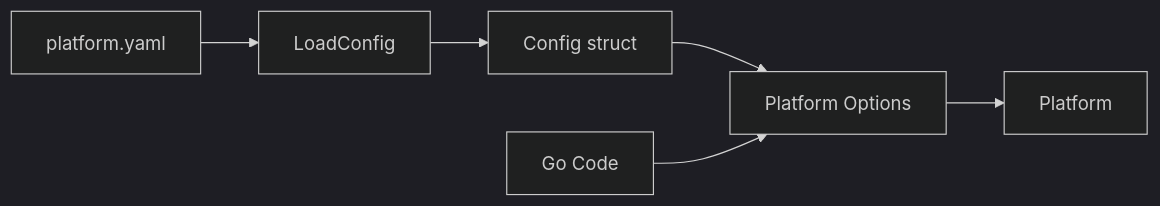
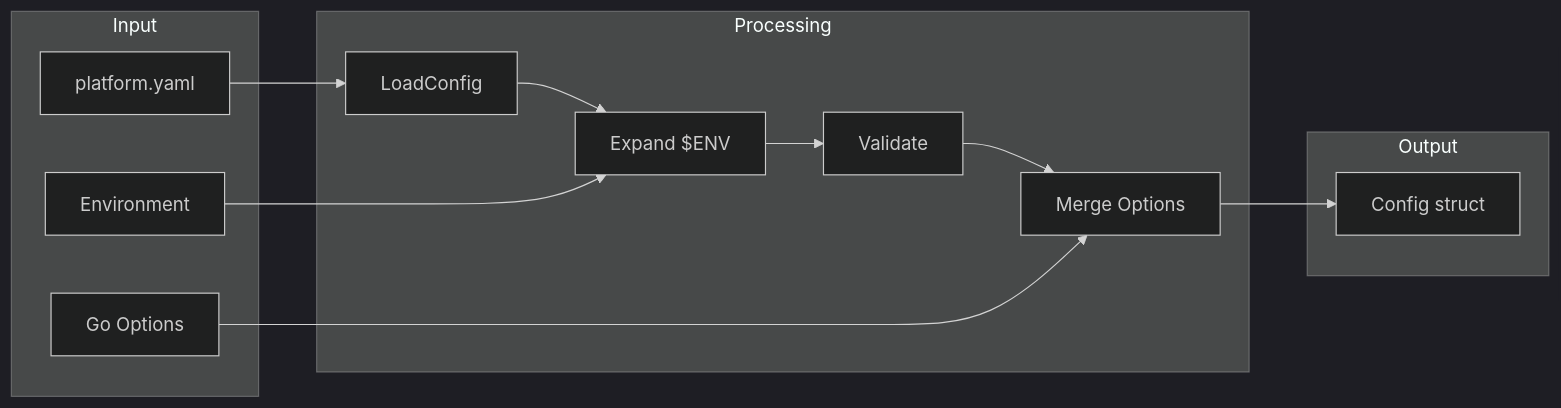
The third of 5 diagrams in docs/library/architecture.md (txn2/mcp-data-platform), drawn with Mermaid (dark theme) before and after one commit. The commit also changed other lines of this file, not shown here.

Commit message:
Revamp architecture documentation with expanded design principles, detailed middleware chain workflows, enriched mermaid diagrams, and enhanced provider/toolkit integration examples.

````diff
--- a/docs/library/architecture.md
+++ b/docs/library/architecture.md
@@ -264,9 +210,27 @@
 ```mermaid
-graph LR
-    YAML[platform.yaml] --> Load[LoadConfig]
-    Load --> Config[Config struct]
-    Config --> Options[Platform Options]
-    Options --> Platform[Platform]
+flowchart LR
+    subgraph "Input"
+        YAML[platform.yaml]
+        ENV[Environment]
+        Code[Go Options]
+    end
 
-    Code[Go Code] --> Options
+    subgraph "Processing"
+        Load[LoadConfig]
+        Expand[Expand $ENV]
+        Validate[Validate]
+        Merge[Merge Options]
+    end
+
+    subgraph "Output"
+        Config[Config struct]
+    end
+
+    YAML --> Load
+    Load --> Expand
+    ENV --> Expand
+    Expand --> Validate
+    Validate --> Merge
+    Code --> Merge
+    Merge --> Config
 ```
````
